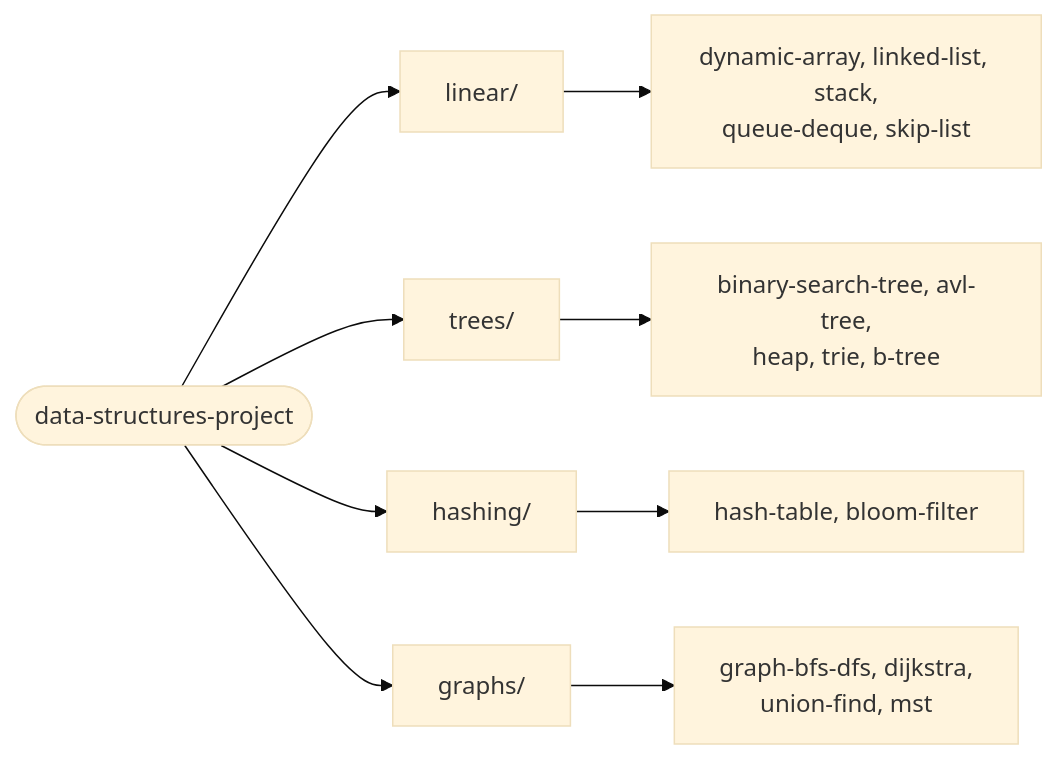
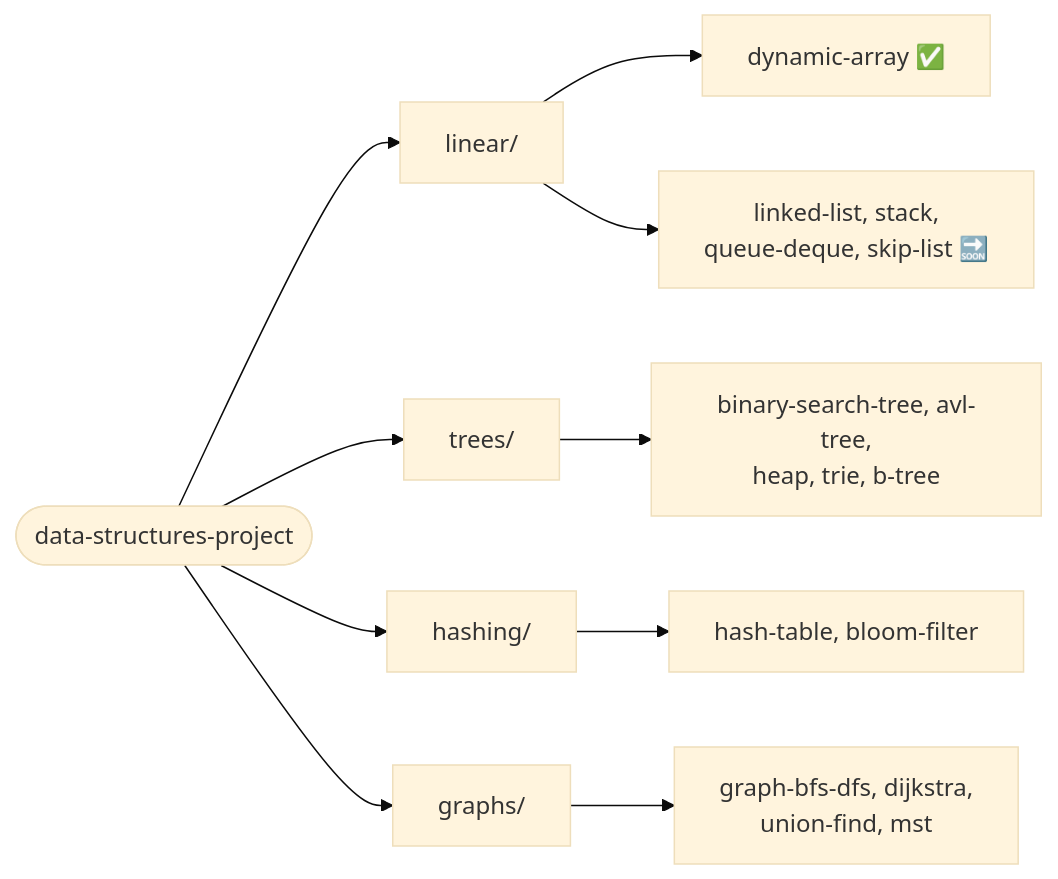
Before and after one commit to leon-lourenco/data-structures-project: the diagram in README.md, drawn with Mermaid (base theme). The commit also changed other lines of this file and 8 other files, not shown here.

First line of the commit message:
Add Dynamic Array module: batch record buffer

````diff
--- a/README.md
+++ b/README.md
@@ -62,11 +62,12 @@
 ```mermaid
 flowchart LR
     Root(["data-structures-project"]) --> Linear["linear/"]
     Root --> Trees["trees/"]
     Root --> Hashing["hashing/"]
     Root --> Graphs["graphs/"]
-    Linear --> LinearMods["dynamic-array, linked-list, stack,\nqueue-deque, skip-list"]
+    Linear --> DynamicArray["dynamic-array ✅"]
+    Linear --> LinearRest["linked-list, stack,\nqueue-deque, skip-list 🔜"]
     Trees --> TreesMods["binary-search-tree, avl-tree,\nheap, trie, b-tree"]
     Hashing --> HashingMods["hash-table, bloom-filter"]
     Graphs --> GraphsMods["graph-bfs-dfs, dijkstra,\nunion-find, mst"]
 ```
````
